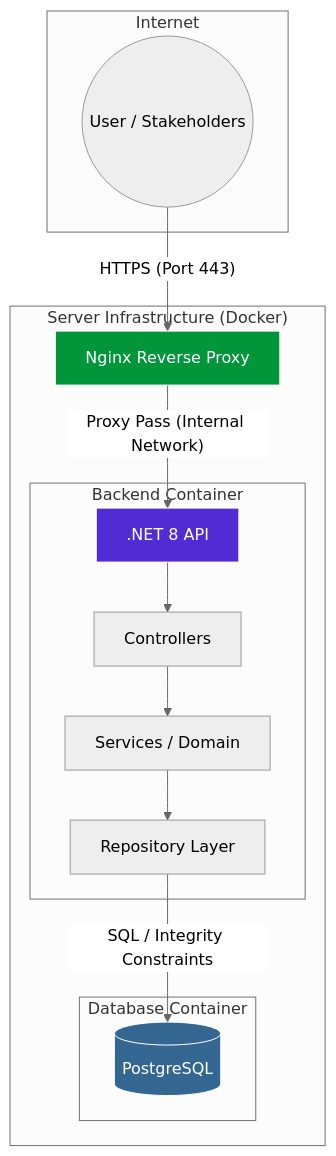
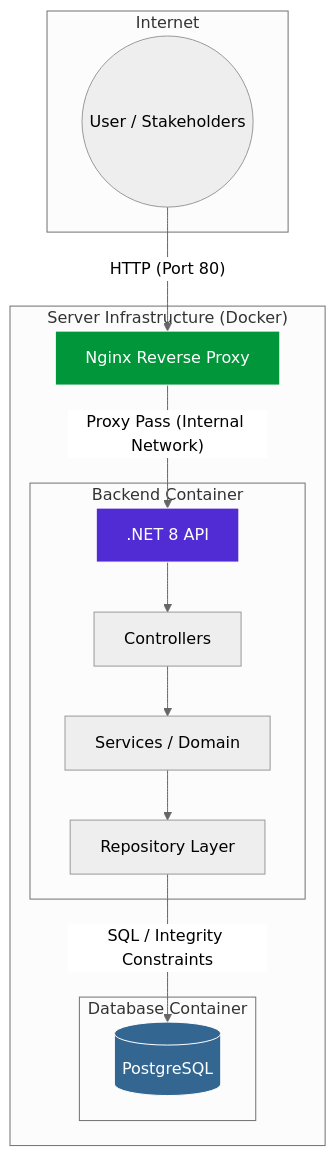
The diagram in README.md (Jeferson1917/management-system-case-study), drawn with Mermaid (neutral theme) before and after one commit. The commit also changed other lines of this file, not shown here.

````diff
--- a/README.md
+++ b/README.md
@@ -29,38 +20,38 @@
 ```mermaid
 graph TD
     %% Define styles
     subgraph Internet
         User((User / Stakeholders))
     end
 
     subgraph "Server Infrastructure (Docker)"
         Nginx[Nginx Reverse Proxy]
         
         subgraph "Backend Container"
             API[.NET 8 API]
             Layer1[Controllers]
             Layer2[Services / Domain]
             Layer3[Repository Layer]
         end
         
         subgraph "Database Container"
             DB[(PostgreSQL)]
         end
     end
 
     %% Communication Flow
-    User -- "HTTPS (Port 443)" --> Nginx
+    User -- "HTTP (Port 80)" --> Nginx
     Nginx -- "Proxy Pass (Internal Network)" --> API
     
     %% Internal Layers
     API --> Layer1
     Layer1 --> Layer2
     Layer2 --> Layer3
     Layer3 -- "SQL / Integrity Constraints" --> DB
 
     %% Styling
     style Nginx fill:#009639,stroke:#fff,color:#fff
     style API fill:#512bd4,stroke:#fff,color:#fff
     style DB fill:#336791,stroke:#fff,color:#fff
 
 ```
````
